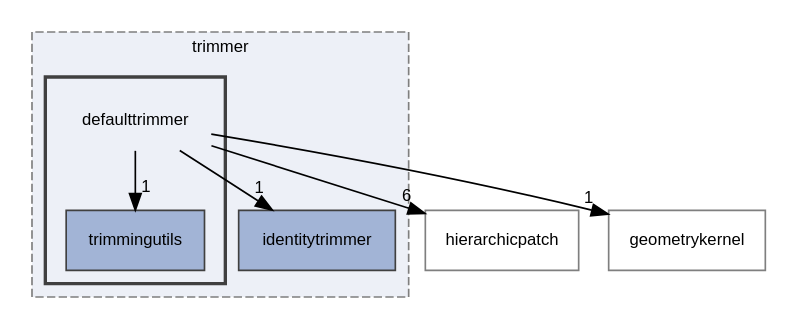
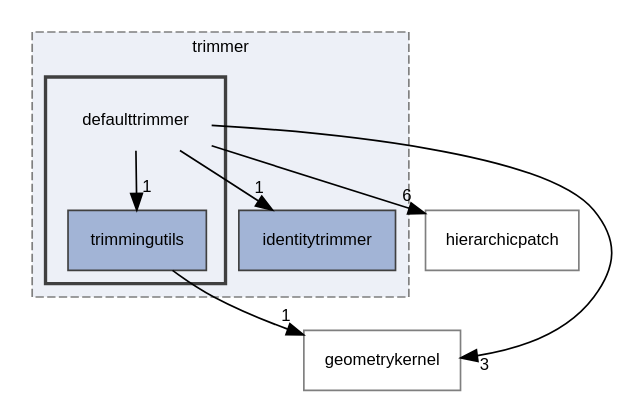
The diagram in dir_265321845ed2650d675b22a94b62262d_dep.dot (rath3t/dune-iga-doc), drawn with Graphviz before and after one commit. The commit also changed 1631 other files, not shown here.

```diff
--- a/dir_265321845ed2650d675b22a94b62262d_dep.dot
+++ b/dir_265321845ed2650d675b22a94b62262d_dep.dot
@@ -1,22 +1,23 @@
 digraph "defaulttrimmer"
 {
  // LATEX_PDF_SIZE
   edge [fontname="Helvetica",fontsize="10",labelfontname="Helvetica",labelfontsize="10"];
   node [fontname="Helvetica",fontsize="10",shape=record];
   compound=true
   subgraph clusterdir_7d0c370ab440c4b4f78419bfc8c93eb8 {
     graph [ bgcolor="#edf0f7", pencolor="grey50", style="filled,dashed,", label="trimmer", fontname="Helvetica", fontsize="10", URL="dir_7d0c370ab440c4b4f78419bfc8c93eb8.html"]
   dir_aa3557bd66a6784b3b9e663253e8d0ba [shape=box, label="identitytrimmer", style="filled,", fillcolor="#a2b4d6", color="grey25", URL="dir_aa3557bd66a6784b3b9e663253e8d0ba.html"];
   subgraph clusterdir_265321845ed2650d675b22a94b62262d {
     graph [ bgcolor="#edf0f7", pencolor="grey25", style="filled,bold,", label="", fontname="Helvetica", fontsize="10", URL="dir_265321845ed2650d675b22a94b62262d.html"]
     dir_265321845ed2650d675b22a94b62262d [shape=plaintext, label="defaulttrimmer"];
   dir_75403dd546d989c4e56d84af3932dae7 [shape=box, label="trimmingutils", style="filled,", fillcolor="#a2b4d6", color="grey25", URL="dir_75403dd546d989c4e56d84af3932dae7.html"];
   }
   }
   dir_12fc9e68aad46ae2d80ba50ef1c96d76 [shape=box, label="hierarchicpatch", style="", fillcolor="#edf0f7", color="grey50", URL="dir_12fc9e68aad46ae2d80ba50ef1c96d76.html"];
   dir_98571e7345f7327fea7723ec1a12d870 [shape=box, label="geometrykernel", style="", fillcolor="#edf0f7", color="grey50", URL="dir_98571e7345f7327fea7723ec1a12d870.html"];
   dir_265321845ed2650d675b22a94b62262d->dir_12fc9e68aad46ae2d80ba50ef1c96d76 [headlabel="6", labeldistance=1.5 headhref="dir_000001_000007.html"];
   dir_265321845ed2650d675b22a94b62262d->dir_75403dd546d989c4e56d84af3932dae7 [headlabel="1", labeldistance=1.5 headhref="dir_000001_000021.html"];
-  dir_265321845ed2650d675b22a94b62262d->dir_98571e7345f7327fea7723ec1a12d870 [headlabel="1", labeldistance=1.5 headhref="dir_000001_000006.html"];
+  dir_265321845ed2650d675b22a94b62262d->dir_98571e7345f7327fea7723ec1a12d870 [headlabel="3", labeldistance=1.5 headhref="dir_000001_000006.html"];
   dir_265321845ed2650d675b22a94b62262d->dir_aa3557bd66a6784b3b9e663253e8d0ba [headlabel="1", labeldistance=1.5 headhref="dir_000001_000009.html"];
+  dir_75403dd546d989c4e56d84af3932dae7->dir_98571e7345f7327fea7723ec1a12d870 [headlabel="1", labeldistance=1.5 headhref="dir_000021_000006.html"];
 }
```
